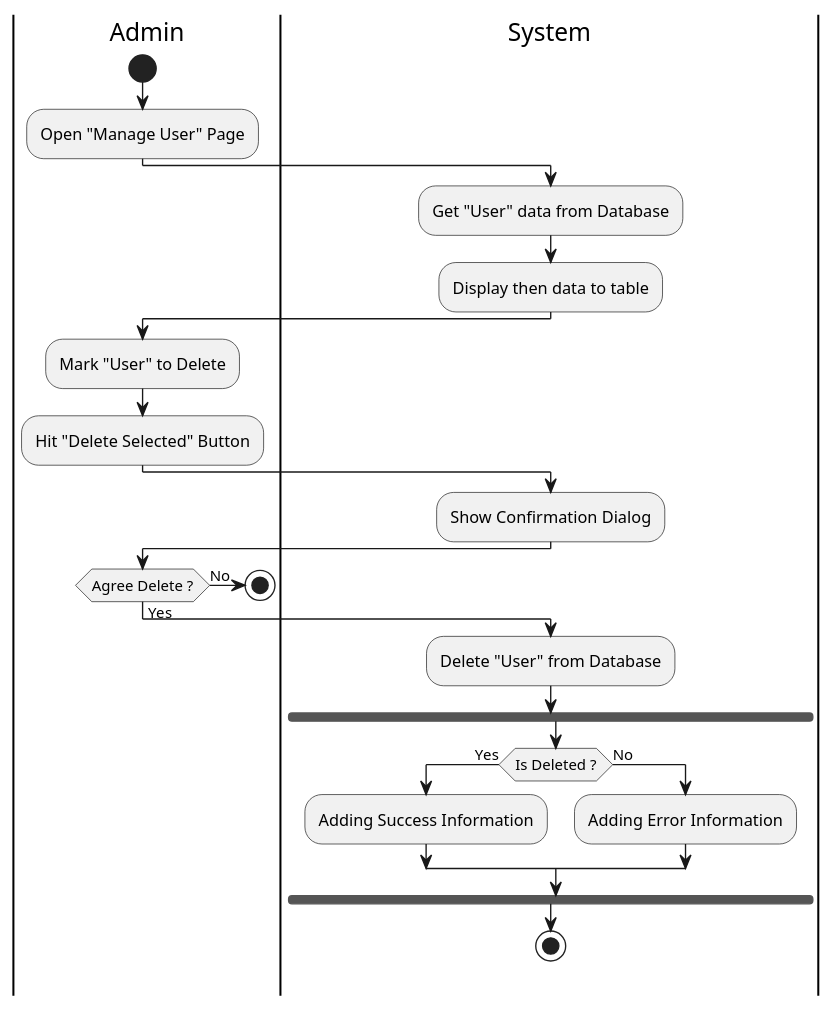
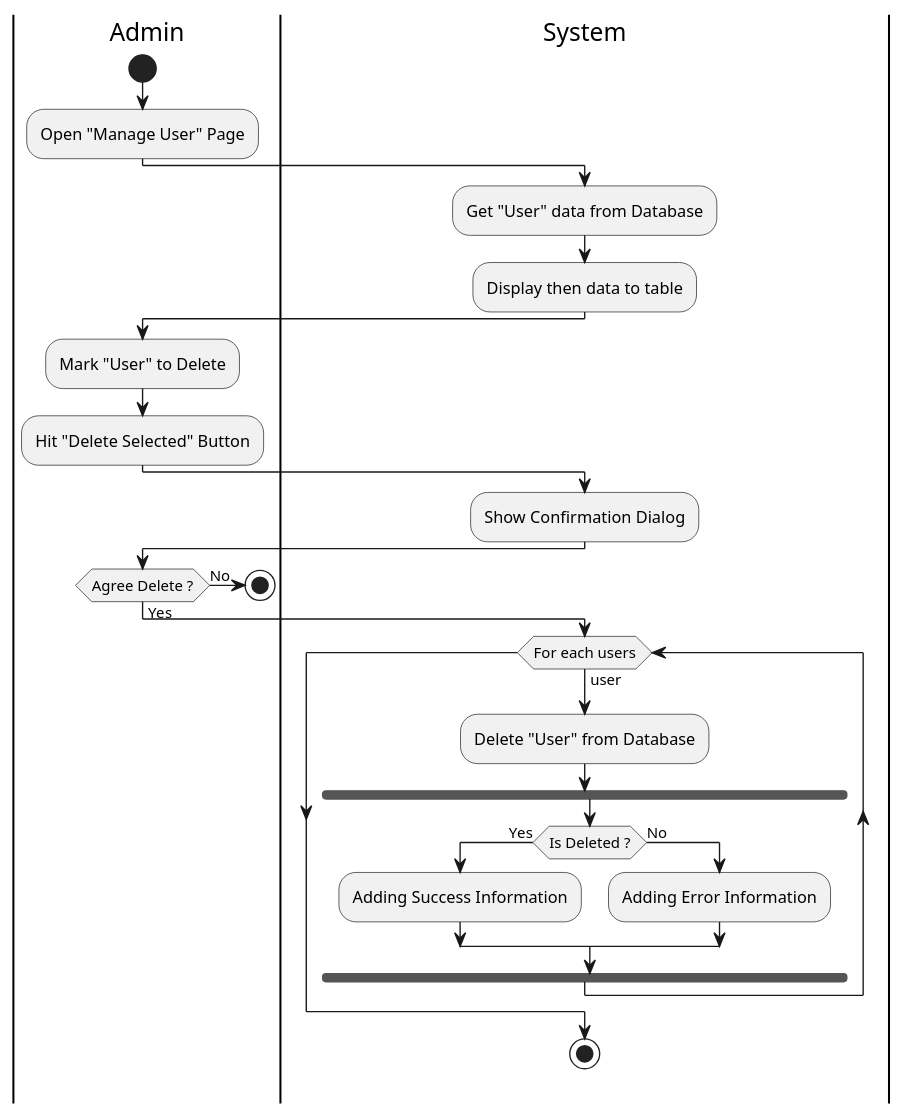
One commit to fwidjaya20/fazzlearning-uml changed the diagram in Activity/Release01/DeleteUser.wsd. Above: the diagram before and after it, drawn with PlantUML. The commit also changed 7 other files, not shown here.

Commit message:
activity: update delete class and event flow

```diff
--- a/Activity/Release01/DeleteUser.wsd
+++ b/Activity/Release01/DeleteUser.wsd
@@ -1,38 +1,40 @@
 @startuml DeleteUser
 
 skinparam ConditionEndStyle hline
 skinparam Monochrome true
 skinparam Shadowing false
 
 |Admin|
 start
 :Open "Manage User" Page;
 
 |System|
 :Get "User" data from Database;
 :Display then data to table;
 
 |Admin|
 :Mark "User" to Delete;
 :Hit "Delete Selected" Button;
 
 |System|
 :Show Confirmation Dialog;
 
 |Admin|
 if (Agree Delete ?) then (No)
     stop
 else (Yes)
     |System|
-    :Delete "User" from Database;
-    fork
-        |System|
-        if (Is Deleted ?) then (Yes)
-            :Adding Success Information;
-        else (No)
-            :Adding Error Information;
-        endif
-    endfork
+    while (For each users) is (user)
+        :Delete "User" from Database;
+        fork
+            |System|
+            if (Is Deleted ?) then (Yes)
+                :Adding Success Information;
+            else (No)
+                :Adding Error Information;
+            endif
+        endfork
+    endwhile
     stop
 endif
 @enduml
```
